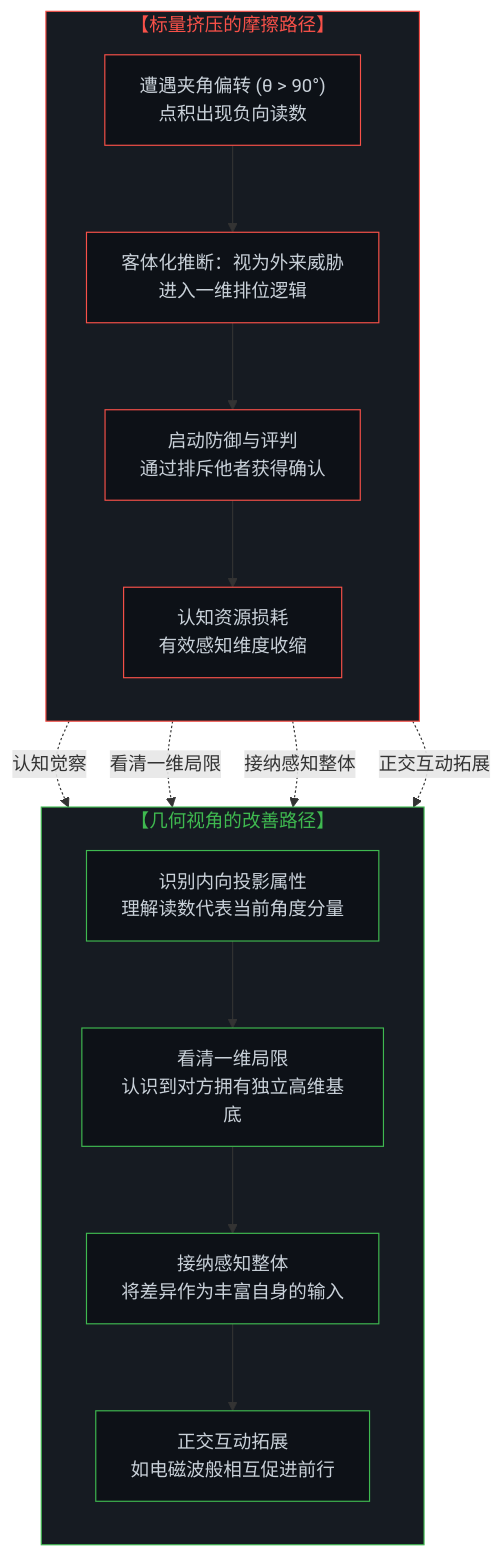
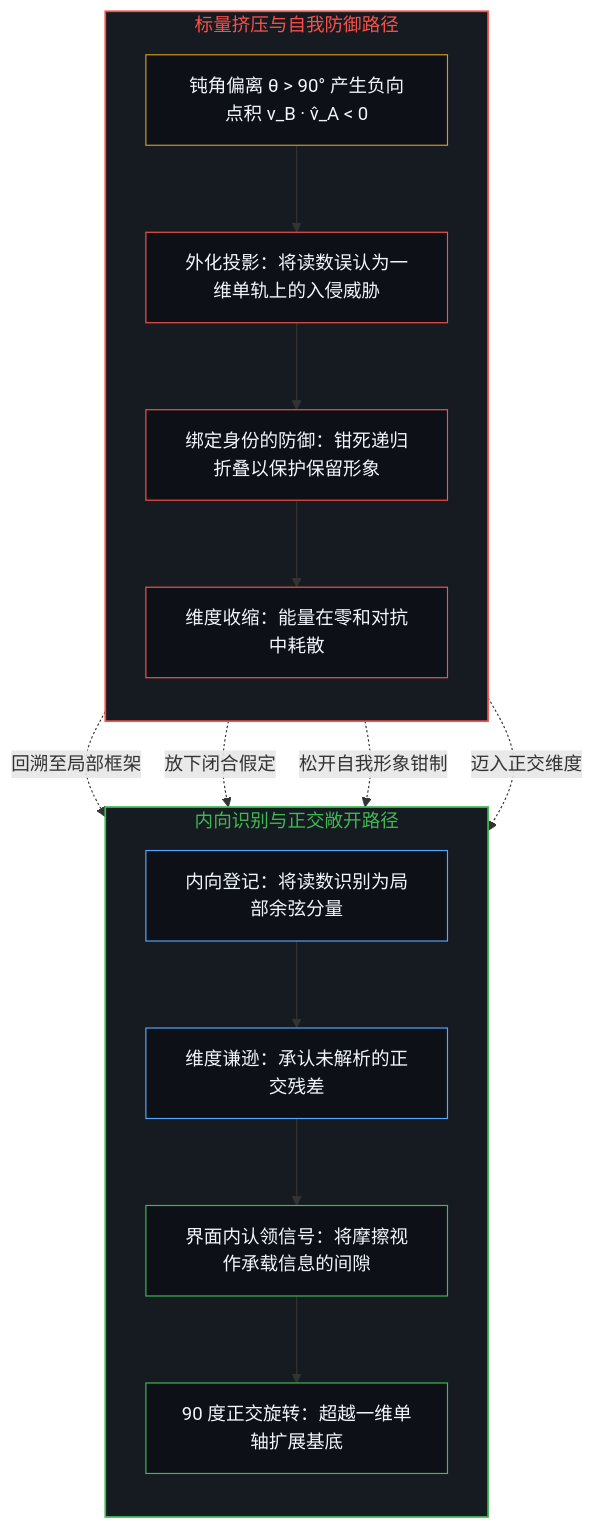
Before and after one commit to powerpig99/not-a-toe: the fifth of 8 diagrams in content/posts/the-mind-as-vector-and-coordinate-system.md, drawn with Mermaid. The commit also changed other lines of this file and 1 other file, not shown here.

````diff
--- a/content/posts/the-mind-as-vector-and-coordinate-system.md
+++ b/content/posts/the-mind-as-vector-and-coordinate-system.md
@@ -167,36 +151,36 @@
 ```mermaid
-graph TD
-    subgraph Conflict["【标量挤压的摩擦路径】"]
+flowchart TD
+    subgraph S_Collapse["标量挤压与自我防御路径"]
         direction TB
-        C1["遭遇夹角偏转 (θ > 90°)<br>点积出现负向读数"]
-        C2["客体化推断：视为外来威胁<br>进入一维排位逻辑"]
-        C3["启动防御与评判<br>通过排斥他者获得确认"]
-        C4["认知资源损耗<br>有效感知维度收缩"]
+        C1["钝角偏离 θ > 90° 产生负向点积 v_B · v̂_A < 0"]
+        C2["外化投影：将读数误认为一维单轨上的入侵威胁"]
+        C3["绑定身份的防御：钳死递归折叠以保护保留形象"]
+        C4["维度收缩：能量在零和对抗中耗散"]
         C1 --> C2 --> C3 --> C4
     end
 
-    subgraph Resolution["【几何视角的改善路径】"]
+    subgraph S_Clarify["内向识别与正交敞开路径"]
         direction TB
-        D1["识别内向投影属性<br>理解读数代表当前角度分量"]
-        D2["看清一维局限<br>认识到对方拥有独立高维基底"]
-        D3["接纳感知整体<br>将差异作为丰富自身的输入"]
-        D4["正交互动拓展<br>如电磁波般相互促进前行"]
+        D1["内向登记：将读数识别为局部余弦分量"]
+        D2["维度谦逊：承认未解析的正交残差"]
+        D3["界面内认领信号：将摩擦视作承载信息的间隙"]
+        D4["90 度正交旋转：超越一维单轴扩展基底"]
         D1 --> D2 --> D3 --> D4
     end
 
-    C1 -.->|"认知觉察"| D1
-    C2 -.->|"看清一维局限"| D2
-    C3 -.->|"接纳感知整体"| D3
-    C4 -.->|"正交互动拓展"| D4
+    C1 -.->|"回溯至局部框架"| D1
+    C2 -.->|"放下闭合假定"| D2
+    C3 -.->|"松开自我形象钳制"| D3
+    C4 -.->|"迈入正交维度"| D4
 
-    style Conflict fill:#161b22,stroke:#f85149,stroke-width:1px,color:#f85149
-    style Resolution fill:#161b22,stroke:#3fb950,stroke-width:1px,color:#3fb950
-    style C1 fill:#0d1117,stroke:#f85149,stroke-width:1px,color:#c9d1d9
-    style C2 fill:#0d1117,stroke:#f85149,stroke-width:1px,color:#c9d1d9
-    style C3 fill:#0d1117,stroke:#f85149,stroke-width:1px,color:#c9d1d9
-    style C4 fill:#0d1117,stroke:#f85149,stroke-width:1px,color:#c9d1d9
-    style D1 fill:#0d1117,stroke:#3fb950,stroke-width:1px,color:#c9d1d9
-    style D2 fill:#0d1117,stroke:#3fb950,stroke-width:1px,color:#c9d1d9
-    style D3 fill:#0d1117,stroke:#3fb950,stroke-width:1px,color:#c9d1d9
-    style D4 fill:#0d1117,stroke:#3fb950,stroke-width:1px,color:#c9d1d9
+    style S_Collapse fill:#161b22,stroke:#f85149,stroke-width:1.5px,color:#f85149
+    style S_Clarify fill:#161b22,stroke:#3fb950,stroke-width:1.5px,color:#3fb950
+    style C1 fill:#0d1117,stroke:#d29922,stroke-width:1px,color:#f0f6fc
+    style C2 fill:#0d1117,stroke:#f85149,stroke-width:1px,color:#f0f6fc
+    style C3 fill:#0d1117,stroke:#f85149,stroke-width:1px,color:#f0f6fc
+    style C4 fill:#0d1117,stroke:#f85149,stroke-width:1px,color:#f0f6fc
+    style D1 fill:#0d1117,stroke:#58a6ff,stroke-width:1px,color:#f0f6fc
+    style D2 fill:#0d1117,stroke:#58a6ff,stroke-width:1px,color:#f0f6fc
+    style D3 fill:#0d1117,stroke:#3fb950,stroke-width:1px,color:#f0f6fc
+    style D4 fill:#0d1117,stroke:#3fb950,stroke-width:1px,color:#f0f6fc
 ```
````
